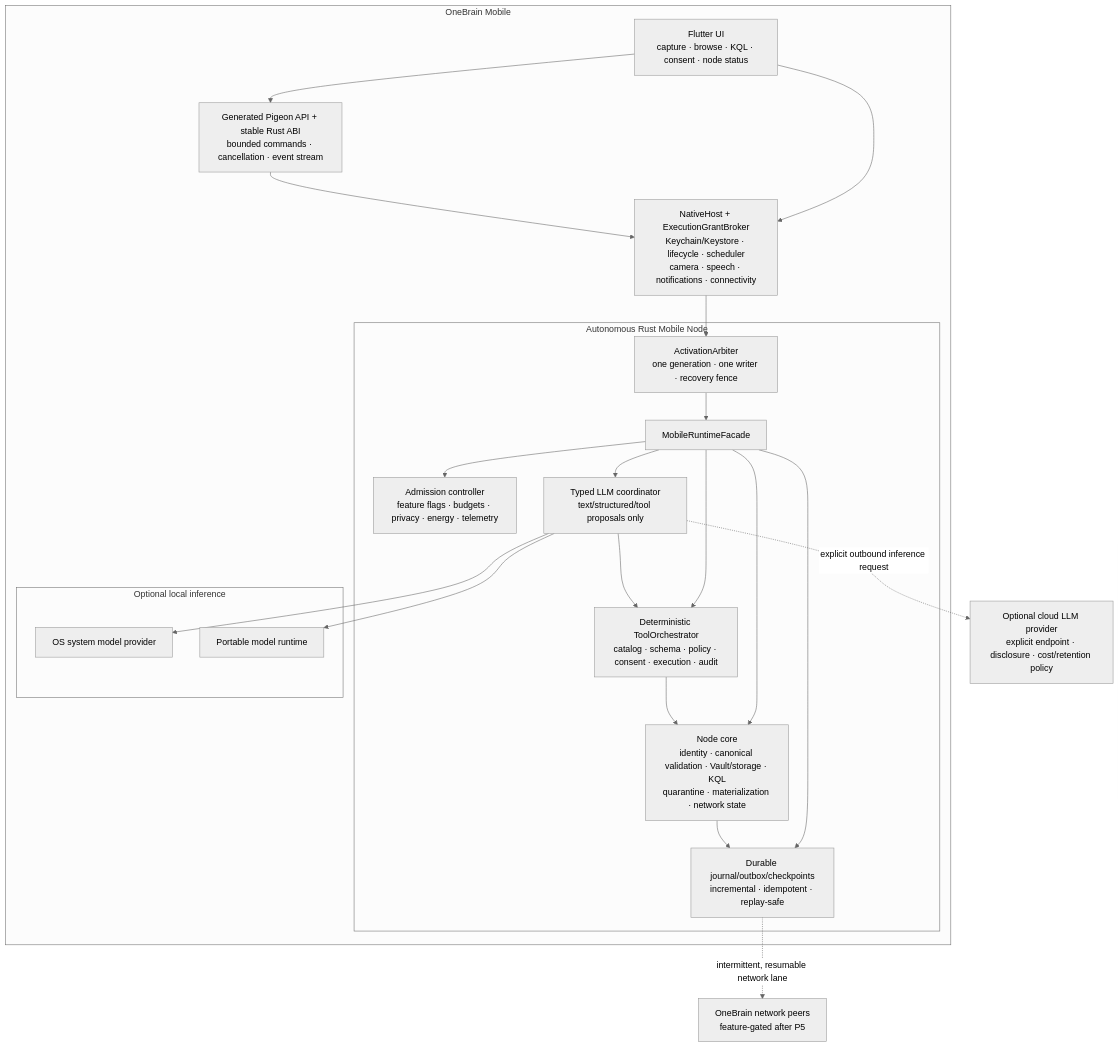
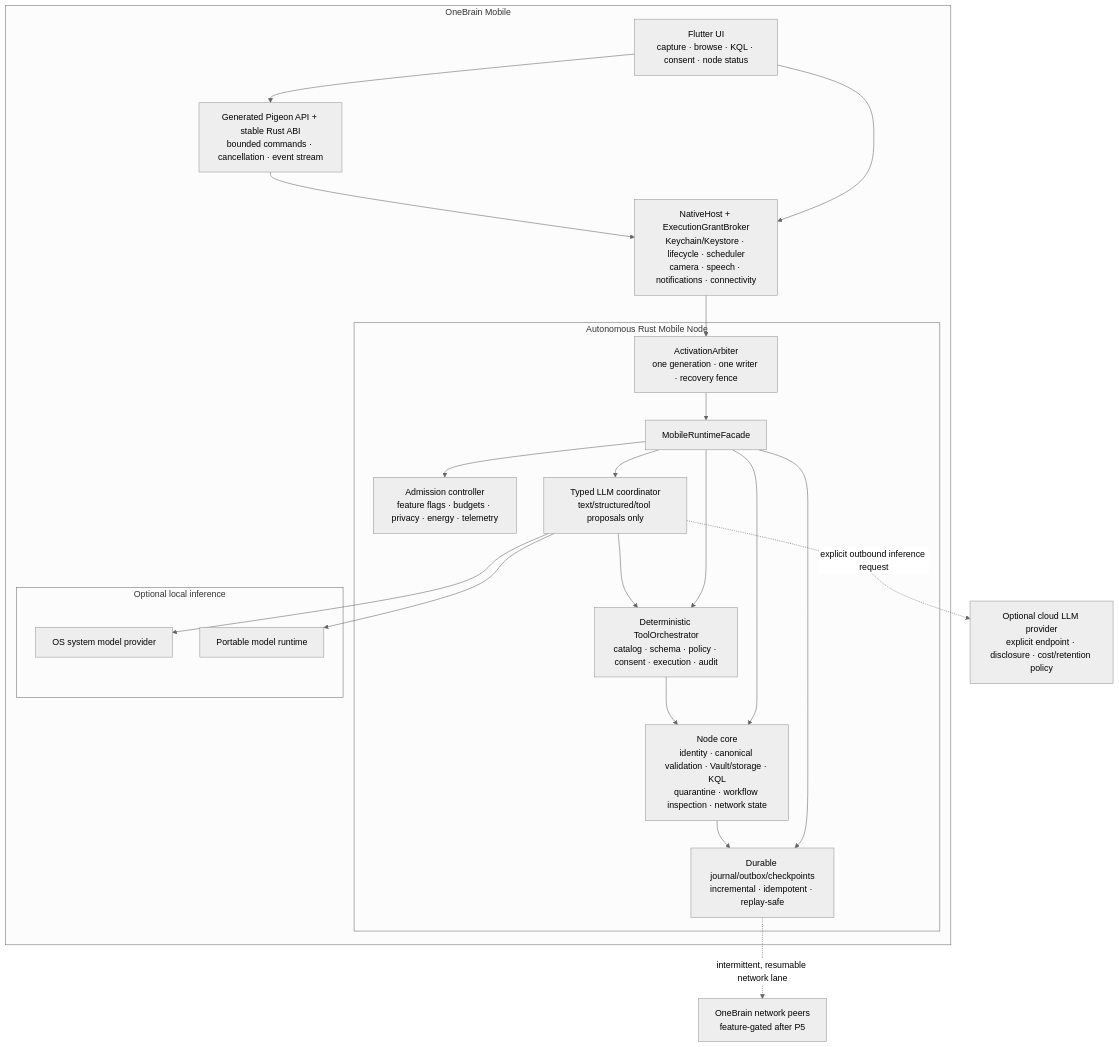
Before and after one commit to shpy2001gemi/OneBrain: the first of 2 diagrams in docs/research/WIP_MOBILE_APP_IMPLEMENTATION_PLAN_V1.md, drawn with Mermaid (neutral theme). The commit also changed other lines of this file and 4 other files, not shown here.

Commit message:
docs: add mobile KU lifecycle and OBP match flows

````diff
--- a/docs/research/WIP_MOBILE_APP_IMPLEMENTATION_PLAN_V1.md
+++ b/docs/research/WIP_MOBILE_APP_IMPLEMENTATION_PLAN_V1.md
@@ -276,44 +278,44 @@
 ```mermaid
 flowchart TB
     subgraph APP["OneBrain Mobile"]
         UI["Flutter UI\ncapture · browse · KQL · consent · node status"]
         PS["NativeHost + ExecutionGrantBroker\nKeychain/Keystore · lifecycle · scheduler\ncamera · speech · notifications · connectivity"]
         FFI["Generated Pigeon API + stable Rust ABI\nbounded commands · cancellation · event stream"]
 
         subgraph RUST["Autonomous Rust Mobile Node"]
             ACT["ActivationArbiter\none generation · one writer · recovery fence"]
             FACADE["MobileRuntimeFacade"]
-            CORE["Node core\nidentity · canonical validation · Vault/storage · KQL\nquarantine · materialization · network state"]
+            CORE["Node core\nidentity · canonical validation · Vault/storage · KQL\nquarantine · workflow inspection · network state"]
             TOOLS["Deterministic ToolOrchestrator\ncatalog · schema · policy · consent · execution · audit"]
             POLICY["Admission controller\nfeature flags · budgets · privacy · energy · telemetry"]
             AIX["Typed LLM coordinator\ntext/structured/tool proposals only"]
             JOURNAL["Durable journal/outbox/checkpoints\nincremental · idempotent · replay-safe"]
         end
 
         subgraph LOCAL_LLM["Optional local inference"]
             SYS["OS system model provider"]
             PORT["Portable model runtime"]
         end
     end
 
     CLOUD["Optional cloud LLM provider\nexplicit endpoint · disclosure · cost/retention policy"]
     NET["OneBrain network peers\nfeature-gated after P5"]
 
     UI --> FFI
     UI --> PS
     FFI --> PS
     PS --> ACT
     ACT --> FACADE
     FACADE --> CORE
     FACADE --> TOOLS
     FACADE --> POLICY
     FACADE --> AIX
     FACADE --> JOURNAL
     AIX --> TOOLS
     AIX --> SYS
     AIX --> PORT
     AIX -. "explicit outbound inference request" .-> CLOUD
     TOOLS --> CORE
     CORE --> JOURNAL
     JOURNAL -. "intermittent, resumable network lane" .-> NET
 ```
````
